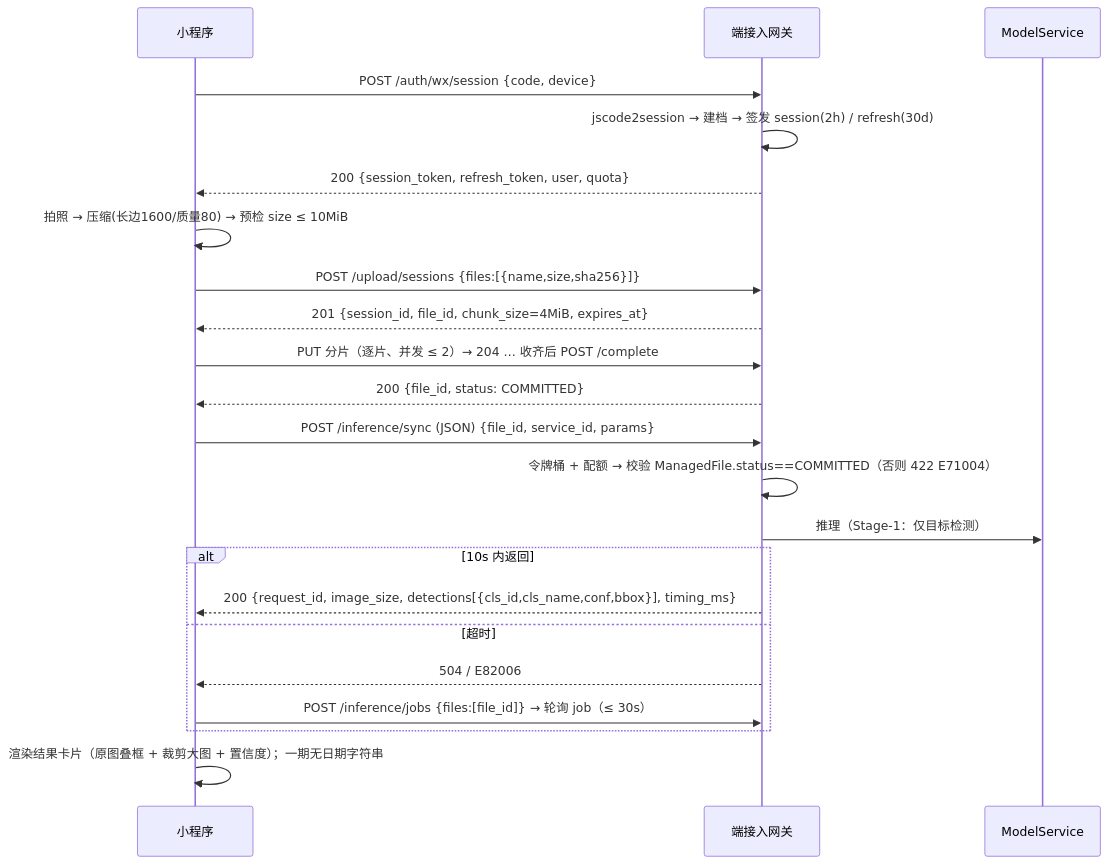
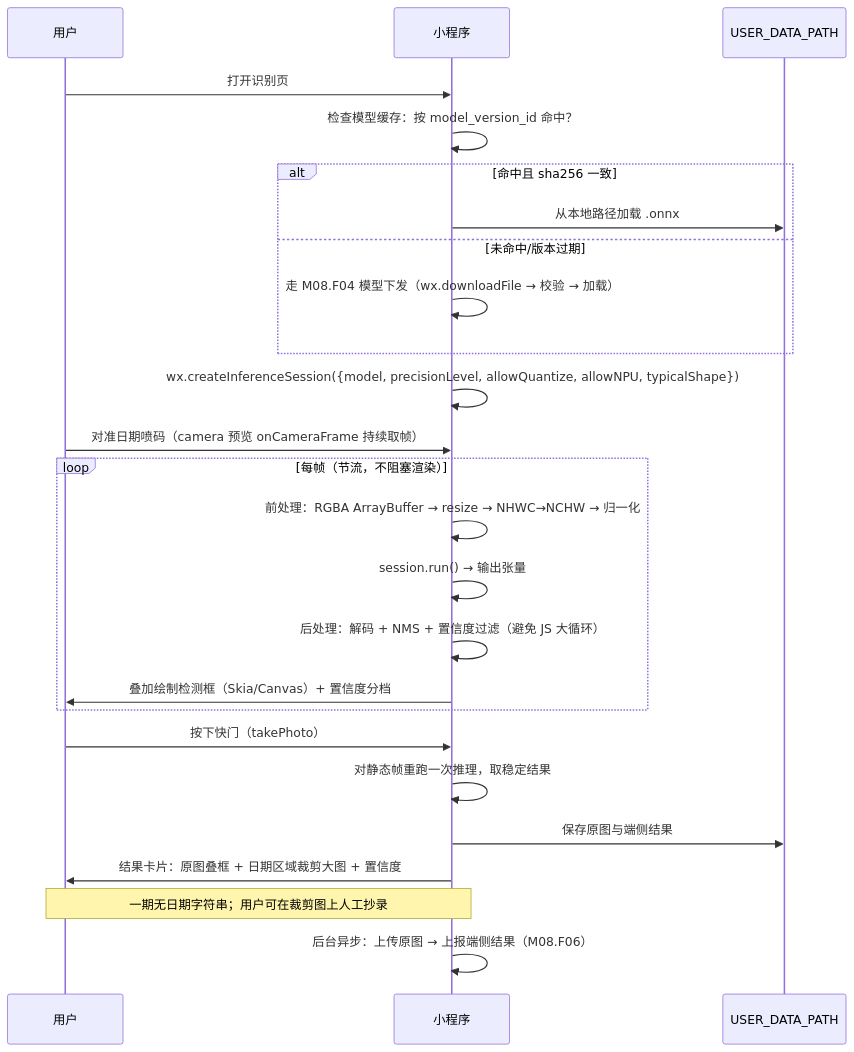
Before and after one commit to QingMouFoodDate/ProjectPRD: the second of 7 diagrams in PRD/08_端接入/P0120_小程序接入契约.md, drawn with Mermaid. The commit also changed other lines of this file and 1 other file, not shown here.

````diff
--- a/PRD/08_端接入/P0120_小程序接入契约.md
+++ b/PRD/08_端接入/P0120_小程序接入契约.md
@@ -138,24 +172,27 @@
 ```mermaid
 sequenceDiagram
+    participant U as 用户
     participant MP as 小程序
-    participant GW as 端接入网关
-    participant MS as ModelService
-    MP->>GW: POST /auth/wx/session {code, device}
-    GW->>GW: jscode2session → 建档 → 签发 session(2h) / refresh(30d)
-    GW-->>MP: 200 {session_token, refresh_token, user, quota}
-    MP->>MP: 拍照 → 压缩(长边1600/质量80) → 预检 size ≤ 10MiB
-    MP->>GW: POST /upload/sessions {files:[{name,size,sha256}]}
-    GW-->>MP: 201 {session_id, file_id, chunk_size=4MiB, expires_at}
-    MP->>GW: PUT 分片（逐片、并发 ≤ 2）→ 204 … 收齐后 POST /complete
-    GW-->>MP: 200 {file_id, status: COMMITTED}
-    MP->>GW: POST /inference/sync (JSON) {file_id, service_id, params}
-    GW->>GW: 令牌桶 + 配额 → 校验 ManagedFile.status==COMMITTED（否则 422 E71004）
-    GW->>MS: 推理（Stage-1：仅目标检测）
-    alt 10s 内返回
-        GW-->>MP: 200 {request_id, image_size, detections[{cls_id,cls_name,conf,bbox}], timing_ms}
-    else 超时
-        GW-->>MP: 504 / E82006
-        MP->>GW: POST /inference/jobs {files:[file_id]} → 轮询 job（≤ 30s）
+    participant FS as USER_DATA_PATH
+    U->>MP: 打开识别页
+    MP->>MP: 检查模型缓存：按 model_version_id 命中？
+    alt 命中且 sha256 一致
+        MP->>FS: 从本地路径加载 .onnx
+    else 未命中/版本过期
+        MP->>MP: 走 M08.F04 模型下发（wx.downloadFile → 校验 → 加载）
     end
-    MP->>MP: 渲染结果卡片（原图叠框 + 裁剪大图 + 置信度）；一期无日期字符串
+    MP->>MP: wx.createInferenceSession({model, precisionLevel, allowQuantize, allowNPU, typicalShape})
+    U->>MP: 对准日期喷码（camera 预览 onCameraFrame 持续取帧）
+    loop 每帧（节流，不阻塞渲染）
+        MP->>MP: 前处理：RGBA ArrayBuffer → resize → NHWC→NCHW → 归一化
+        MP->>MP: session.run() → 输出张量
+        MP->>MP: 后处理：解码 + NMS + 置信度过滤（避免 JS 大循环）
+        MP->>U: 叠加绘制检测框（Skia/Canvas）+ 置信度分档
+    end
+    U->>MP: 按下快门（takePhoto）
+    MP->>MP: 对静态帧重跑一次推理，取稳定结果
+    MP->>FS: 保存原图与端侧结果
+    MP->>U: 结果卡片：原图叠框 + 日期区域裁剪大图 + 置信度
+    Note over MP,U: 一期无日期字符串；用户可在裁剪图上人工抄录
+    MP->>MP: 后台异步：上传原图 → 上报端侧结果（M08.F06）
 ```
````
